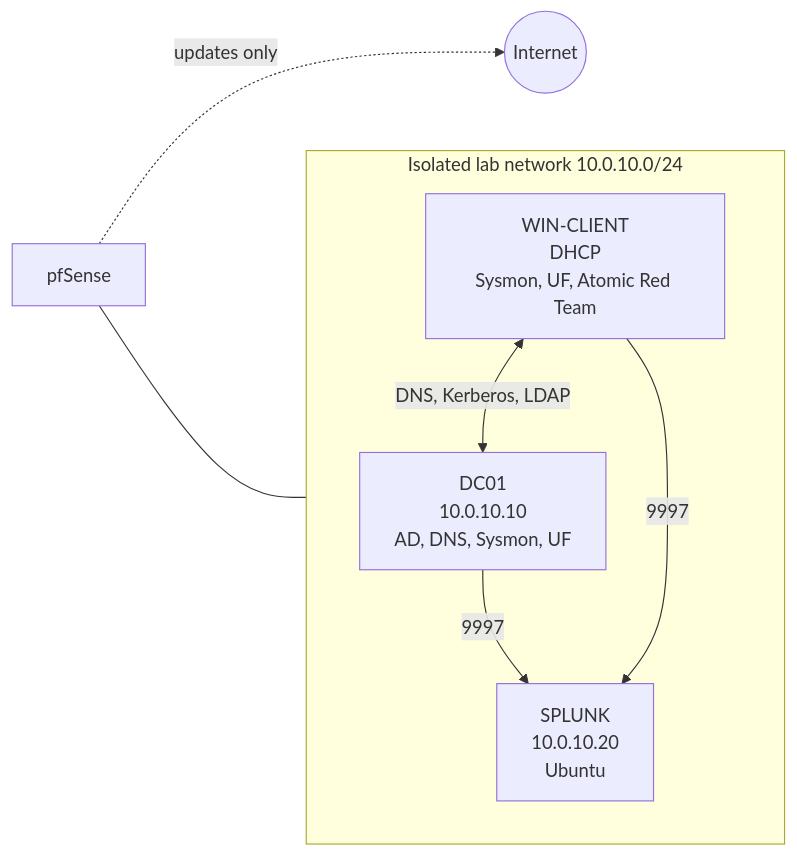
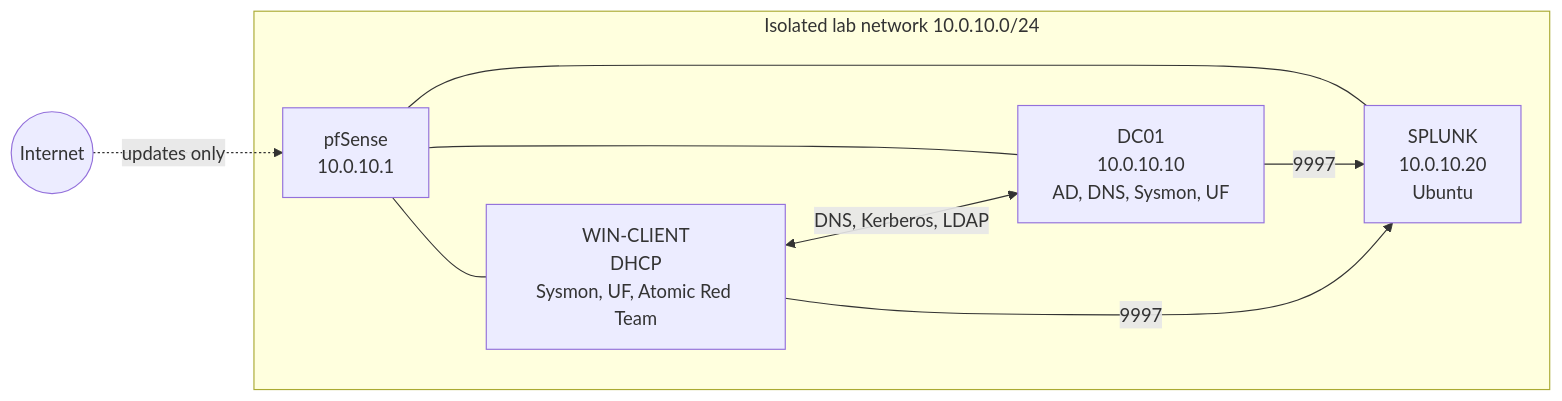
The diagram in README.md (WetSoupInc/detection-engineering-lab), drawn with Mermaid before and after one commit. The commit also changed other lines of this file, not shown here.

````diff
--- a/README.md
+++ b/README.md
@@ -18,13 +30,16 @@
 ```mermaid
 flowchart LR
+  NET((Internet)) -.->|updates only| GW
   subgraph Lab["Isolated lab network 10.0.10.0/24"]
+    GW["pfSense<br/>10.0.10.1"]
     DC["DC01<br/>10.0.10.10<br/>AD, DNS, Sysmon, UF"]
     CL["WIN-CLIENT<br/>DHCP<br/>Sysmon, UF, Atomic Red Team"]
     SP["SPLUNK<br/>10.0.10.20<br/>Ubuntu"]
+    GW --- DC
+    GW --- CL
+    GW --- SP
     CL <-->|DNS, Kerberos, LDAP| DC
     DC -->|9997| SP
     CL -->|9997| SP
   end
-  GW["pfSense"] -.->|updates only| NET((Internet))
-  GW --- Lab
 ```
````
